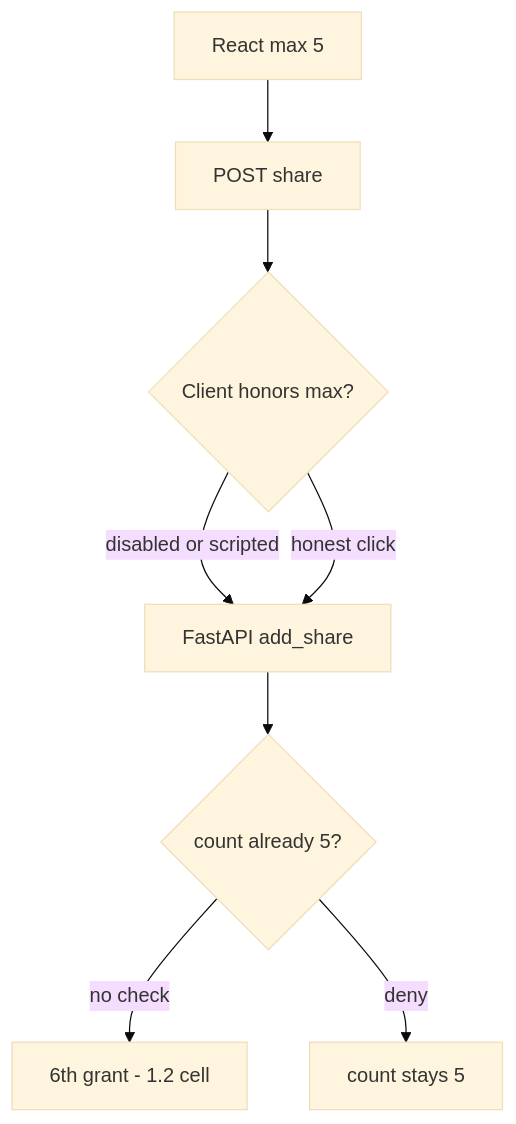
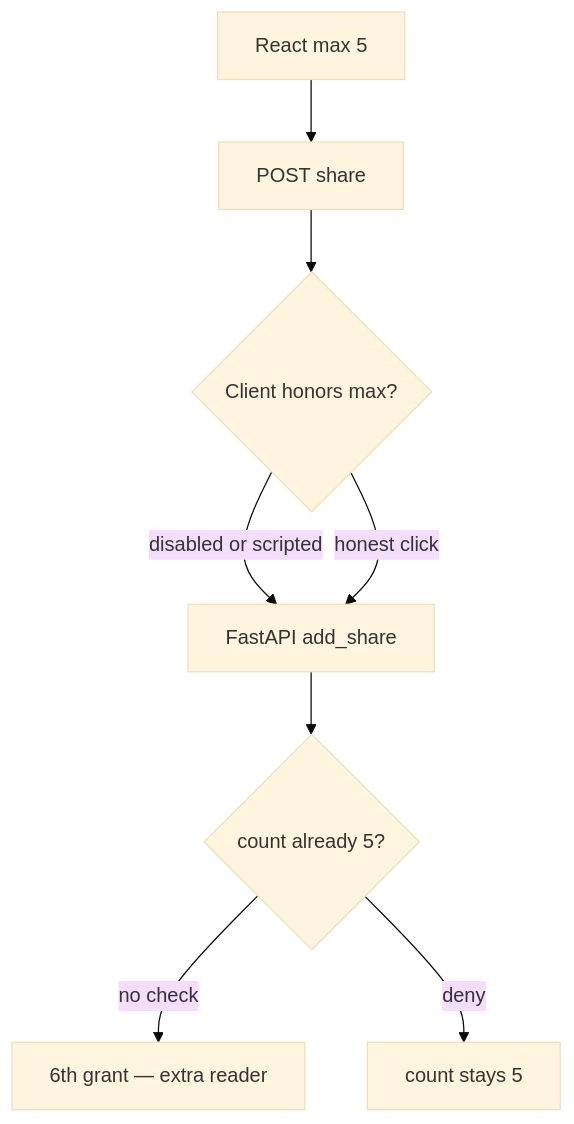
Before and after one commit to ishitvagoel/LearnSecurity: the first of 2 diagrams in content/modules/3/3.4/lessons/01-property.md, drawn with Mermaid (base theme). The commit also changed other lines of this file and 31 other files, not shown here.

````diff
--- a/content/modules/3/3.4/lessons/01-property.md
+++ b/content/modules/3/3.4/lessons/01-property.md
@@ -19,10 +18,10 @@
 ```mermaid
 flowchart TD
   Ui["React max 5"] --> Post["POST share"]
   Post --> Client{Client honors max?}
   Client -->|disabled or scripted| Server["FastAPI add_share"]
   Client -->|honest click| Server
   Server --> Cap{"count already 5?"}
-  Cap -->|no check| Extra["6th grant - 1.2 cell"]
+  Cap -->|no check| Extra["6th grant — extra reader"]
   Cap -->|deny| Stay["count stays 5"]
 ```
````
